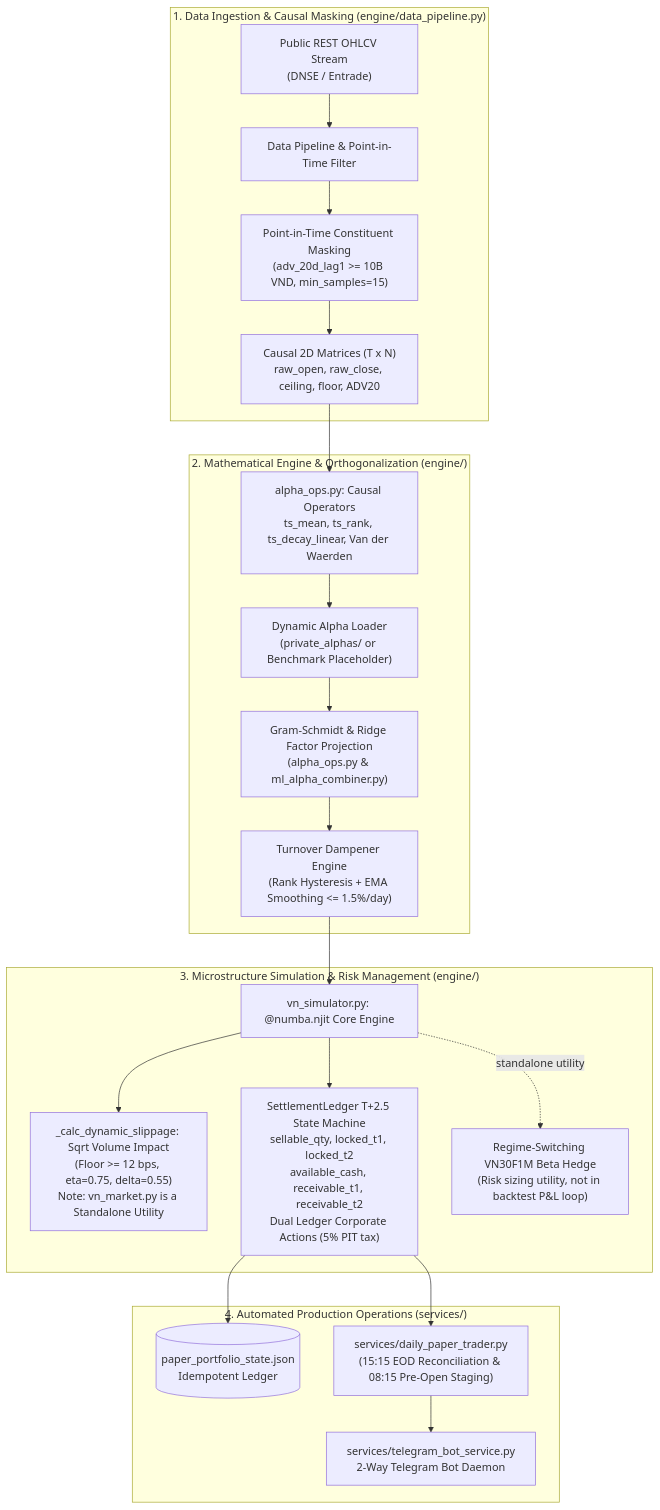
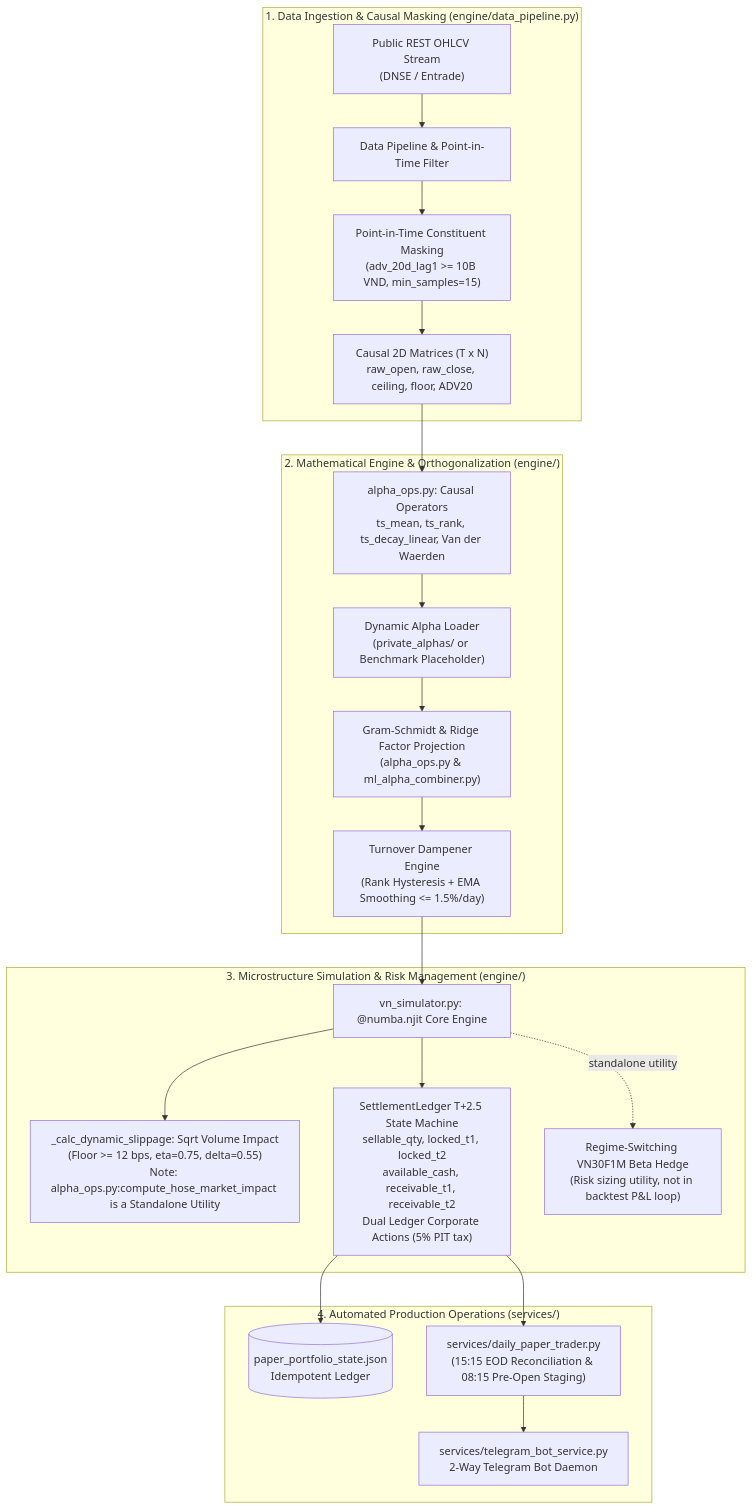
Before and after one commit to Vincent807759/lean-vn-quant: the diagram in README.md, drawn with Mermaid. The commit also changed other lines of this file and 3 other files, not shown here.

````diff
--- a/README.md
+++ b/README.md
@@ -23,28 +23,28 @@
 ```mermaid
 flowchart TD
     subgraph Data_Layer ["1. Data Ingestion & Causal Masking (engine/data_pipeline.py)"]
         API["Public REST OHLCV Stream<br/>(DNSE / Entrade)"] --> Fetcher["Data Pipeline & Point-in-Time Filter"]
         Fetcher --> Mask["Point-in-Time Constituent Masking<br/>(adv_20d_lag1 >= 10B VND, min_samples=15)"]
         Mask --> Matrix["Causal 2D Matrices (T x N)<br/>raw_open, raw_close, ceiling, floor, ADV20"]
     end
 
     subgraph Alpha_Layer ["2. Mathematical Engine & Orthogonalization (engine/)"]
         Matrix --> Ops["alpha_ops.py: Causal Operators<br/>ts_mean, ts_rank, ts_decay_linear, Van der Waerden"]
         Ops --> Plugin["Dynamic Alpha Loader<br/>(private_alphas/ or Benchmark Placeholder)"]
         Plugin --> Ortho["Gram-Schmidt & Ridge Factor Projection<br/>(alpha_ops.py & ml_alpha_combiner.py)"]
         Ortho --> Dampener["Turnover Dampener Engine<br/>(Rank Hysteresis + EMA Smoothing <= 1.5%/day)"]
     end
 
     subgraph Sim_Layer ["3. Microstructure Simulation & Risk Management (engine/)"]
         Dampener --> Simulator["vn_simulator.py: @numba.njit Core Engine"]
-        Simulator --> Slippage["_calc_dynamic_slippage: Sqrt Volume Impact<br/>(Floor >= 12 bps, eta=0.75, delta=0.55)<br/>Note: vn_market.py is a Standalone Utility"]
+        Simulator --> Slippage["_calc_dynamic_slippage: Sqrt Volume Impact<br/>(Floor >= 12 bps, eta=0.75, delta=0.55)<br/>Note: alpha_ops.py:compute_hose_market_impact is a Standalone Utility"]
         Simulator --> Ledger["SettlementLedger T+2.5 State Machine<br/>sellable_qty, locked_t1, locked_t2<br/>available_cash, receivable_t1, receivable_t2<br/>Dual Ledger Corporate Actions (5% PIT tax)"]
         Simulator -.->|standalone utility| Hedge["Regime-Switching VN30F1M Beta Hedge<br/>(Risk sizing utility, not in backtest P&L loop)"]
     end
 
     subgraph Ops_Layer ["4. Automated Production Operations (services/)"]
         Ledger --> StateJSON[("paper_portfolio_state.json<br/>Idempotent Ledger")]
         Ledger --> Trader["services/daily_paper_trader.py<br/>(15:15 EOD Reconciliation & 08:15 Pre-Open Staging)"]
         Trader --> Telegram["services/telegram_bot_service.py<br/>2-Way Telegram Bot Daemon"]
     end
 ```
````
